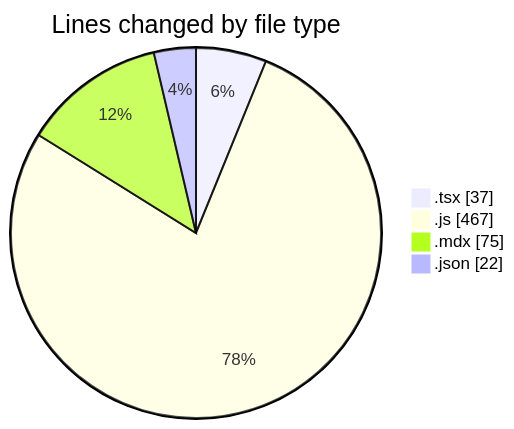
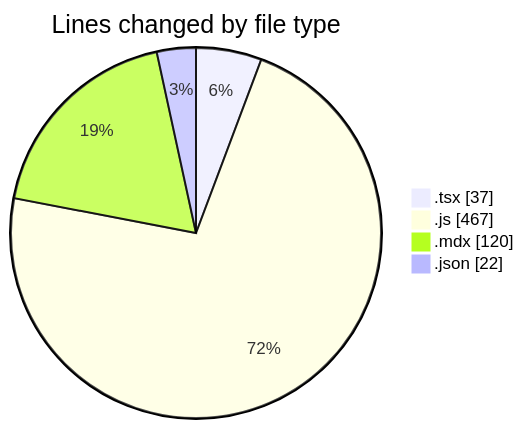
One commit to Elitesun/code-tracking changed the first of 2 diagrams in 2025-05-11/elitesun/README.md. Above: the diagram before and after it, drawn with Mermaid. The commit also changed other lines of this file and 1 other file, not shown here.

````diff
--- a/2025-05-11/elitesun/README.md
+++ b/2025-05-11/elitesun/README.md
@@ -24,8 +25,8 @@
 ```mermaid
 pie showData
 title Lines changed by file type
 ".tsx" : 37
 ".js" : 467
-".mdx" : 75
+".mdx" : 120
 ".json" : 22
 ```
````
